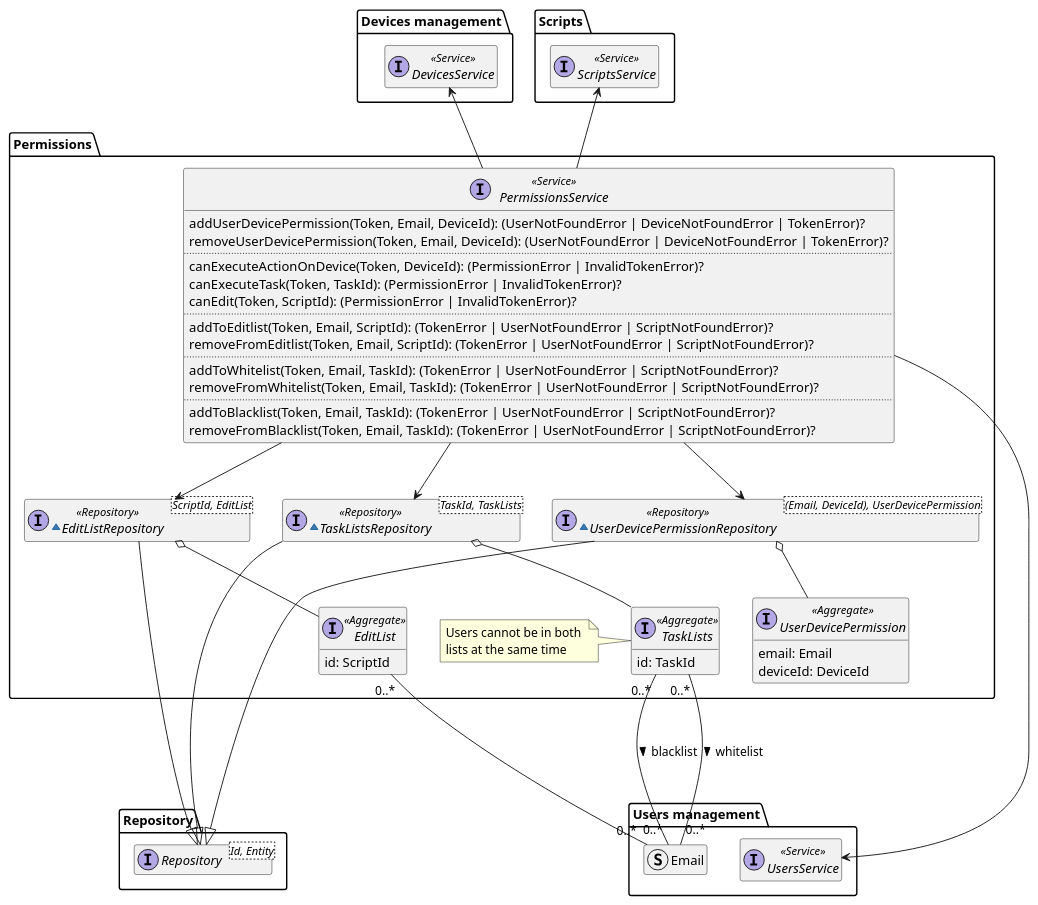
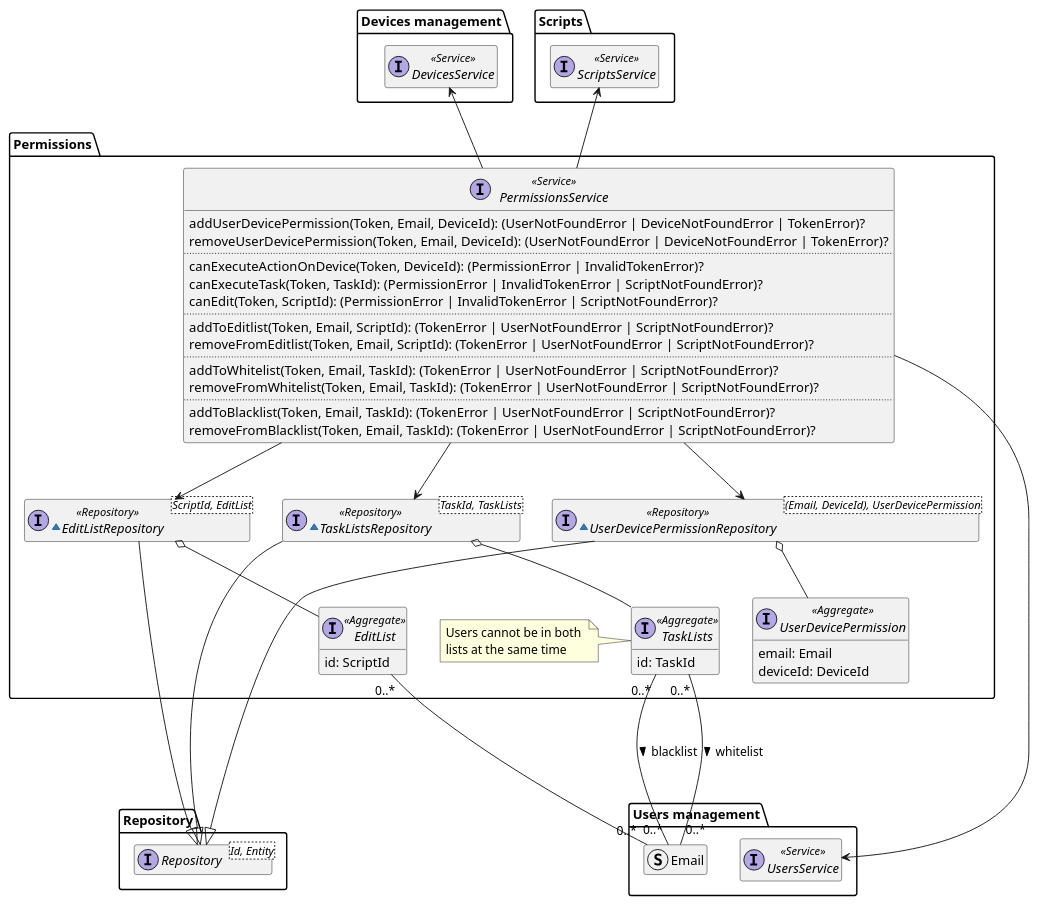
One commit to DomoticASW/.github changed the diagram in diagrams/src/permissions-domain-model.puml. Above: the diagram before and after it, drawn with PlantUML.

Commit message:
add errors to methods in diagram

```diff
--- a/diagrams/src/permissions-domain-model.puml
+++ b/diagrams/src/permissions-domain-model.puml
@@ -2,86 +2,86 @@
 @startuml permissions-domain-model
 
 hide empty members
 package Repository{
     interface Repository<Id, Entity>
 }
 
 package "Users management" as UsersManagement {
     interface UsersService <<Service>>
     struct Email
 }
 
 package "Devices management" as DevicesManagement {
     interface DevicesService <<Service>>
 }
 
 package Scripts {
     interface ScriptsService <<Service>>
 }
 
 package "Permissions" {
     interface PermissionsService <<Service>> {
         addUserDevicePermission(Token, Email, DeviceId): (UserNotFoundError | DeviceNotFoundError | TokenError)?
         removeUserDevicePermission(Token, Email, DeviceId): (UserNotFoundError | DeviceNotFoundError | TokenError)?
         ..
         canExecuteActionOnDevice(Token, DeviceId): (PermissionError | InvalidTokenError)?
-        canExecuteTask(Token, TaskId): (PermissionError | InvalidTokenError)?
-        canEdit(Token, ScriptId): (PermissionError | InvalidTokenError)?
+        canExecuteTask(Token, TaskId): (PermissionError | InvalidTokenError | ScriptNotFoundError)?
+        canEdit(Token, ScriptId): (PermissionError | InvalidTokenError | ScriptNotFoundError)?
         ..
         addToEditlist(Token, Email, ScriptId): (TokenError | UserNotFoundError | ScriptNotFoundError)?
         removeFromEditlist(Token, Email, ScriptId): (TokenError | UserNotFoundError | ScriptNotFoundError)?
         ..
         addToWhitelist(Token, Email, TaskId): (TokenError | UserNotFoundError | ScriptNotFoundError)?
         removeFromWhitelist(Token, Email, TaskId): (TokenError | UserNotFoundError | ScriptNotFoundError)?
         ..
         addToBlacklist(Token, Email, TaskId): (TokenError | UserNotFoundError | ScriptNotFoundError)?
         removeFromBlacklist(Token, Email, TaskId): (TokenError | UserNotFoundError | ScriptNotFoundError)?
     }
 
     ~interface UserDevicePermissionRepository<(Email, DeviceId), UserDevicePermission> <<Repository>> {
     }
 
     interface UserDevicePermission <<Aggregate>> {
         email: Email
         deviceId: DeviceId
     }
 
     ~interface EditListRepository<ScriptId, EditList> <<Repository>> {
     }
 
     interface EditList <<Aggregate>> {
         id: ScriptId
     }
 
     ~interface TaskListsRepository<TaskId, TaskLists> <<Repository>> {
     }
 
     interface TaskLists <<Aggregate>> {
         id: TaskId
     }
 
     note left of TaskLists
         Users cannot be in both 
         lists at the same time
     end note
 
 
     PermissionsService -u-> DevicesManagement.DevicesService
     PermissionsService --> UsersManagement.UsersService
     PermissionsService -u-> Scripts.ScriptsService
     PermissionsService --> UserDevicePermissionRepository
     PermissionsService --> EditListRepository
     PermissionsService --> TaskListsRepository
     UserDevicePermissionRepository ----|> Repository.Repository
     UserDevicePermissionRepository o-- UserDevicePermission
     EditList "0..*" -- "0..*" UsersManagement.Email
     EditListRepository --|> Repository.Repository
     EditListRepository o-- EditList
     TaskLists "0..*" --- "0..*" UsersManagement.Email : "blacklist >"
     TaskLists "0..*" --- "0..*" UsersManagement.Email : "whitelist >"
     TaskListsRepository --|> Repository.Repository
     TaskListsRepository o-- TaskLists
 
 }
 
 @enduml
```
